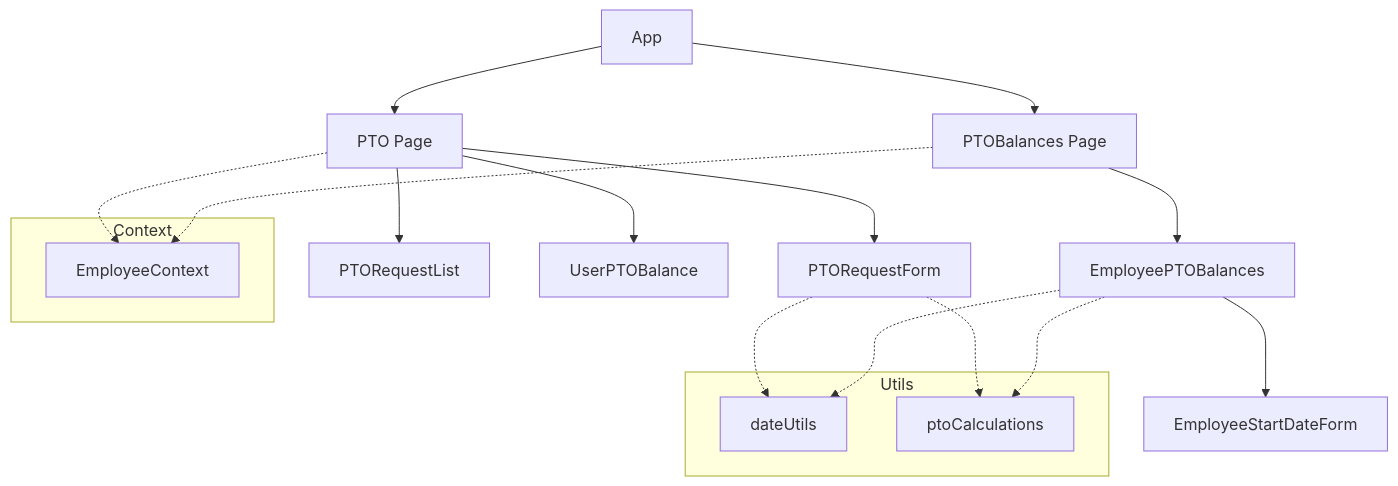
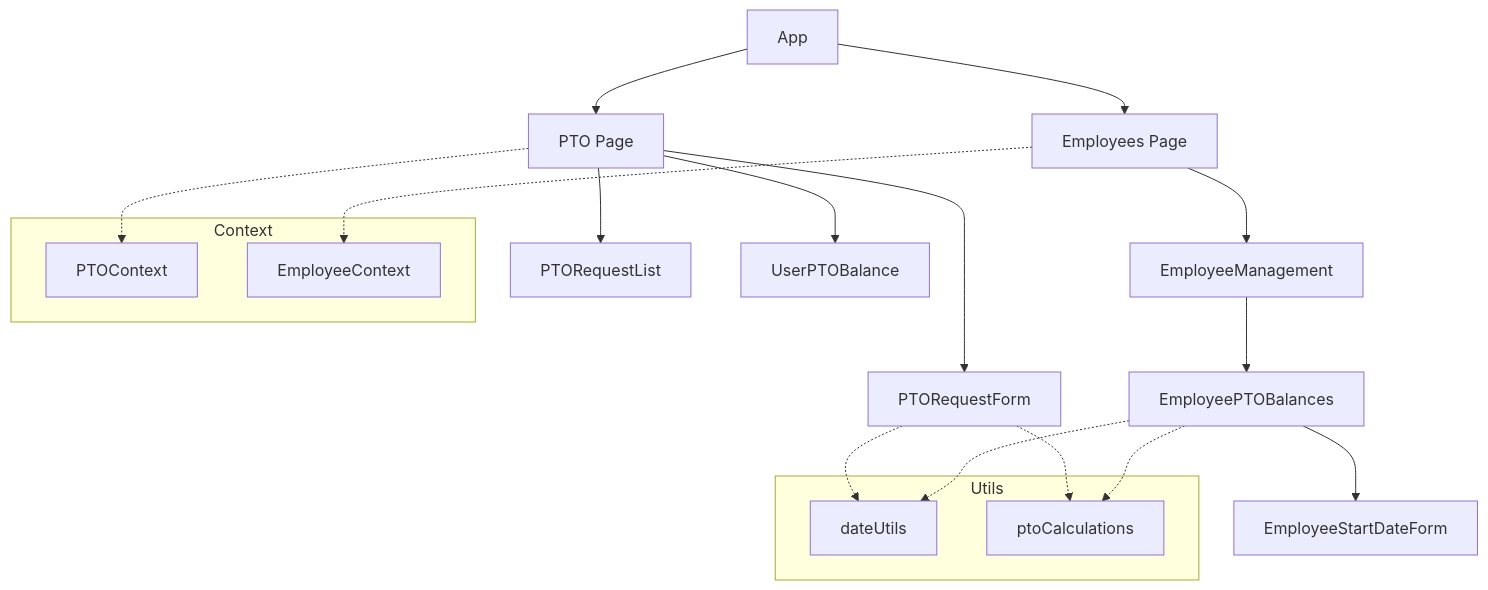
One commit to l2laihub/employee-time-tracking-app changed the first of 3 diagrams in docs/features/pto/pto-feature-technical.md. Above: the diagram before and after it, drawn with Mermaid. The commit also changed other lines of this file and 3 other files, not shown here.

Commit message:
combine employee and PTO balances into employee table

````diff
--- a/docs/features/pto/pto-feature-technical.md
+++ b/docs/features/pto/pto-feature-technical.md
@@ -37,24 +37,26 @@
 ```mermaid
 graph TD
     A[App] --> B[PTO Page]
-    A --> C[PTOBalances Page]
+    A --> C[Employees Page]
     B --> D[PTORequestForm]
     B --> E[PTORequestList]
     B --> F[UserPTOBalance]
-    C --> G[EmployeePTOBalances]
-    G --> H[EmployeeStartDateForm]
+    C --> G[EmployeeManagement]
+    G --> H[EmployeePTOBalances]
+    H --> I[EmployeeStartDateForm]
     
     subgraph Context
-        I[EmployeeContext]
+        J[PTOContext]
+        K[EmployeeContext]
     end
     
     subgraph Utils
-        J[dateUtils]
-        K[ptoCalculations]
+        L[dateUtils]
+        M[ptoCalculations]
     end
     
-    B -.-> I
-    C -.-> I
-    D -.-> J & K
-    G -.-> J & K
+    B -.-> J
+    C -.-> K
+    D -.-> L & M
+    H -.-> L & M
 ```
````
